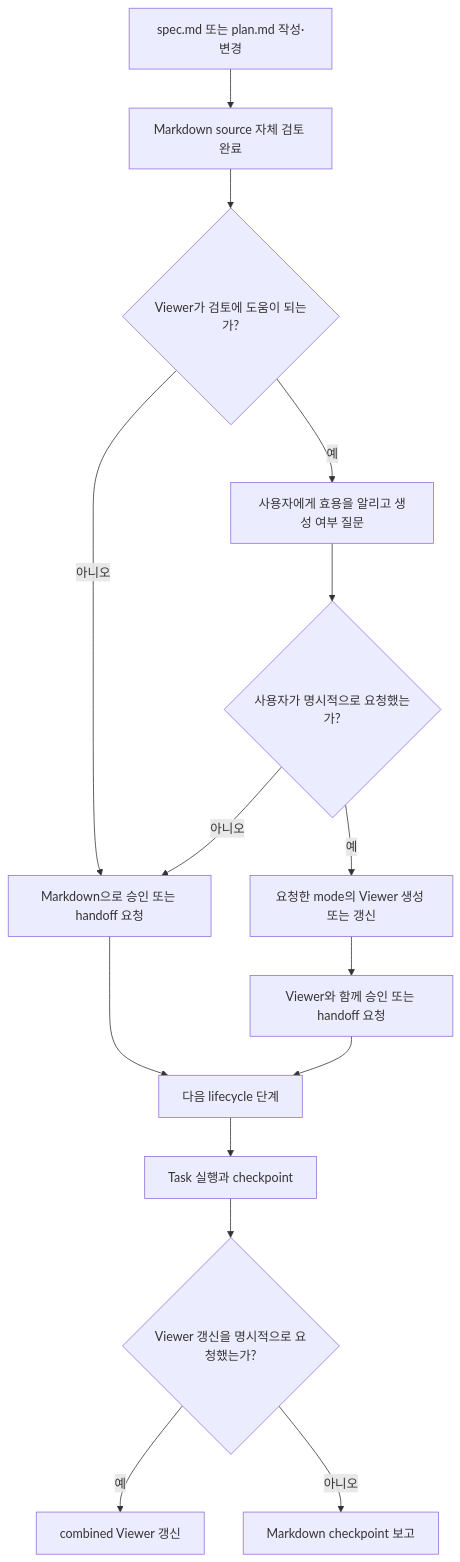
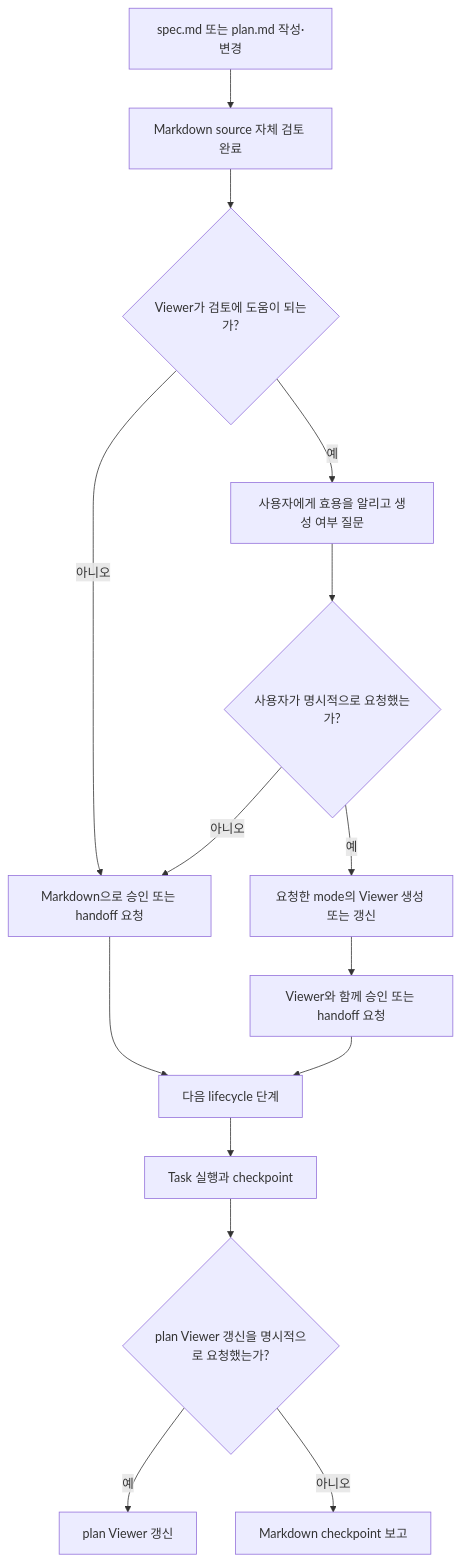
One commit to hope1026/aiagent-plugins changed the first of 4 diagrams in docs/specs/002-lifecycle-review-viewer/spec.md. Above: the diagram before and after it, drawn with Mermaid. The commit also changed other lines of this file and 1 other file, not shown here.

Commit message:
docs(forge): approve viewer lifecycle plan

````diff
--- a/docs/specs/002-lifecycle-review-viewer/spec.md
+++ b/docs/specs/002-lifecycle-review-viewer/spec.md
@@ -133,17 +153,17 @@
 ```mermaid
 flowchart TD
     A[spec.md 또는 plan.md 작성·변경] --> B[Markdown source 자체 검토 완료]
     B --> C{Viewer가 검토에 도움이 되는가?}
     C -- 예 --> D[사용자에게 효용을 알리고 생성 여부 질문]
     C -- 아니오 --> E[Markdown으로 승인 또는 handoff 요청]
     D --> F{사용자가 명시적으로 요청했는가?}
     F -- 예 --> G[요청한 mode의 Viewer 생성 또는 갱신]
     F -- 아니오 --> E
     G --> H[Viewer와 함께 승인 또는 handoff 요청]
     E --> I[다음 lifecycle 단계]
     H --> I
     I --> J[Task 실행과 checkpoint]
-    J --> K{Viewer 갱신을 명시적으로 요청했는가?}
-    K -- 예 --> L[combined Viewer 갱신]
+    J --> K{plan Viewer 갱신을 명시적으로 요청했는가?}
+    K -- 예 --> L[plan Viewer 갱신]
     K -- 아니오 --> M[Markdown checkpoint 보고]
 ```
````
